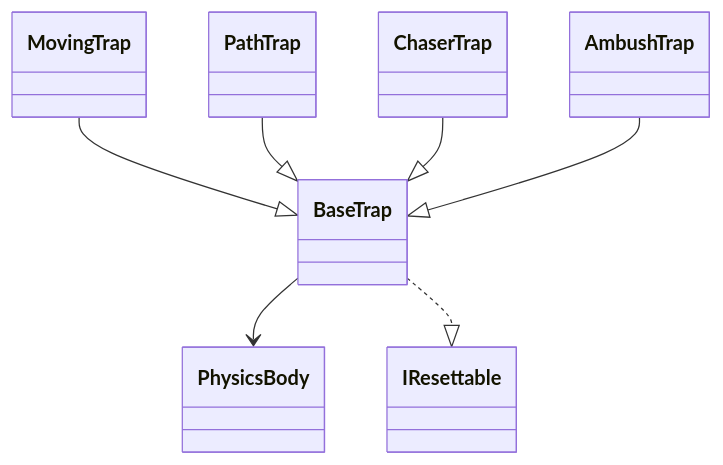
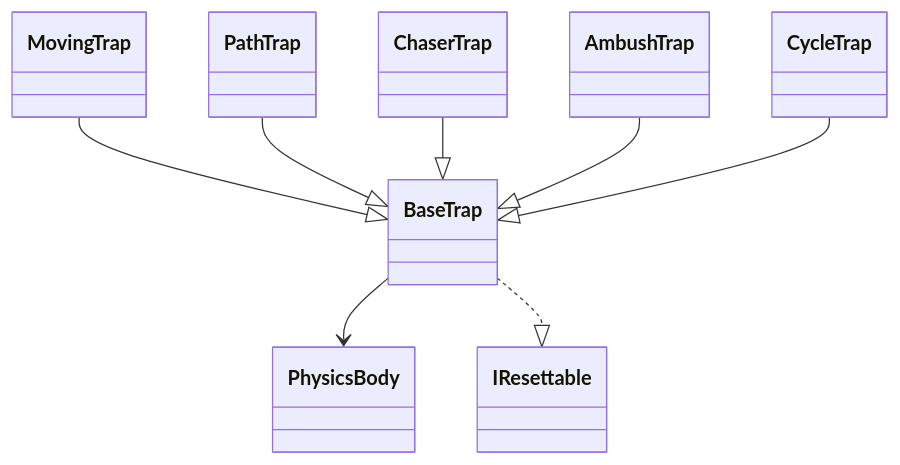
Before and after one commit to gba-projekt-thi/platformer: the third of 6 diagrams in docs/components.md, drawn with Mermaid. The commit also changed other lines of this file and 20 other files, not shown here.

First line of the commit message:
feat(traps): add CycleTrap for spikes that rise and sink on a clock

````diff
--- a/docs/components.md
+++ b/docs/components.md
@@ -234,11 +234,12 @@
 ```mermaid
 classDiagram
     PhysicsBody
     IResettable
     BaseTrap --> PhysicsBody
     BaseTrap ..|> IResettable
     MovingTrap --|> BaseTrap
     PathTrap --|> BaseTrap
     ChaserTrap --|> BaseTrap
     AmbushTrap --|> BaseTrap
+    CycleTrap --|> BaseTrap
 ```
````
